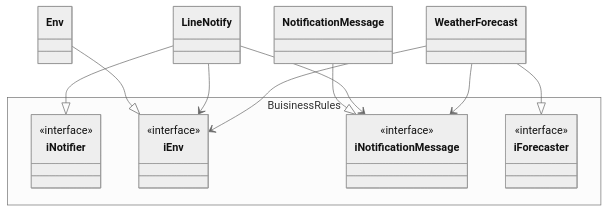
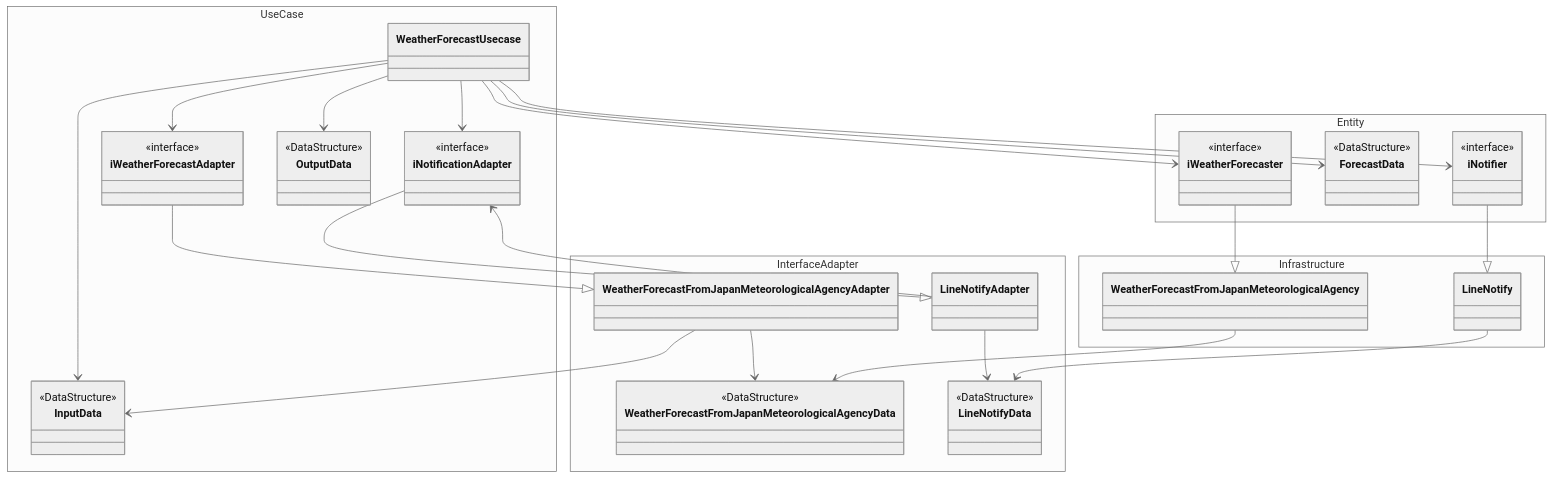
The diagram in README.md (nishikawa6/weather_forecast_notifier), drawn with Mermaid (neutral theme) before and after one commit. The commit also changed other lines of this file, not shown here.

Commit message:
READMEにクリーナアーキテクチャの設計を追記

````diff
--- a/README.md
+++ b/README.md
@@ -25,30 +18,76 @@
 ```mermaid
 classDiagram
 
-namespace BuisinessRules {
+namespace Entity {
   class iNotifier
-  class iEnv 
-  class iNotificationMessage
-  class iForecaster
+  class ForecastData
+  class iWeatherForecaster
 }
-class WeatherForecast
-<<interface>> iForecaster
 
-class LineNotify
 <<interface>> iNotifier
+<<interface>> iWeatherForecaster
+<<DataStructure>> ForecastData
 
-class Env
-<<interface>> iEnv
-class NotificationMessage
-<<interface>> iNotificationMessage
+namespace UseCase {
+  class InputData
+  class iWeatherForecastAdapter
+  class WeatherForecastUsecase
+  class iNotificationAdapter
+  class OutputData
+}
 
-Env --|> iEnv
-NotificationMessage --|> iNotificationMessage
-LineNotify --|> iNotifier
-WeatherForecast --|> iForecaster
+<<interface>> iWeatherForecastAdapter
+<<interface>> iNotificationAdapter
+<<DataStructure>> InputData
+<<DataStructure>> OutputData
 
-LineNotify --> iEnv
-LineNotify --> iNotificationMessage
-WeatherForecast --> iEnv
-WeatherForecast --> iNotificationMessage
+namespace InterfaceAdapter {
+  class WeatherForecastFromJapanMeteorologicalAgencyAdapter
+  class WeatherForecastFromJapanMeteorologicalAgencyData
+  class LineNotifyAdapter
+  class LineNotifyData
+}
+
+<<DataStructure>> WeatherForecastFromJapanMeteorologicalAgencyData
+<<DataStructure>> LineNotifyData
+
+namespace Infrastructure {
+  class LineNotify
+  class WeatherForecastFromJapanMeteorologicalAgency
+}
+
+
+
+%% Entity の継承関係
+iNotifier --|> LineNotify
+iWeatherForecaster --|> WeatherForecastFromJapanMeteorologicalAgency
+
+%% Interface Adapter の継承関係
+iWeatherForecastAdapter --|> WeatherForecastFromJapanMeteorologicalAgencyAdapter
+iNotificationAdapter --|> LineNotifyAdapter
+
+
+
+%% use case と entity の依存関係
+WeatherForecastUsecase --> iWeatherForecaster
+WeatherForecastUsecase --> iNotifier
+WeatherForecastUsecase --> ForecastData
+
+%% use case 内の依存関係
+WeatherForecastUsecase --> InputData
+WeatherForecastUsecase --> OutputData
+WeatherForecastUsecase --> iWeatherForecastAdapter
+WeatherForecastUsecase --> iNotificationAdapter
+
+%% Interface Adapter 内、およびInterface Adapterと Use case 間の依存関係
+WeatherForecastFromJapanMeteorologicalAgencyAdapter --> InputData
+WeatherForecastFromJapanMeteorologicalAgencyAdapter --> WeatherForecastFromJapanMeteorologicalAgencyData
+
+LineNotifyAdapter --> iNotificationAdapter
+LineNotifyAdapter --> LineNotifyData
+
+%% Interface Adapter と Infrastructure 間の依存関係
+LineNotify --> LineNotifyData
+WeatherForecastFromJapanMeteorologicalAgency --> WeatherForecastFromJapanMeteorologicalAgencyData
+
 ```
````
